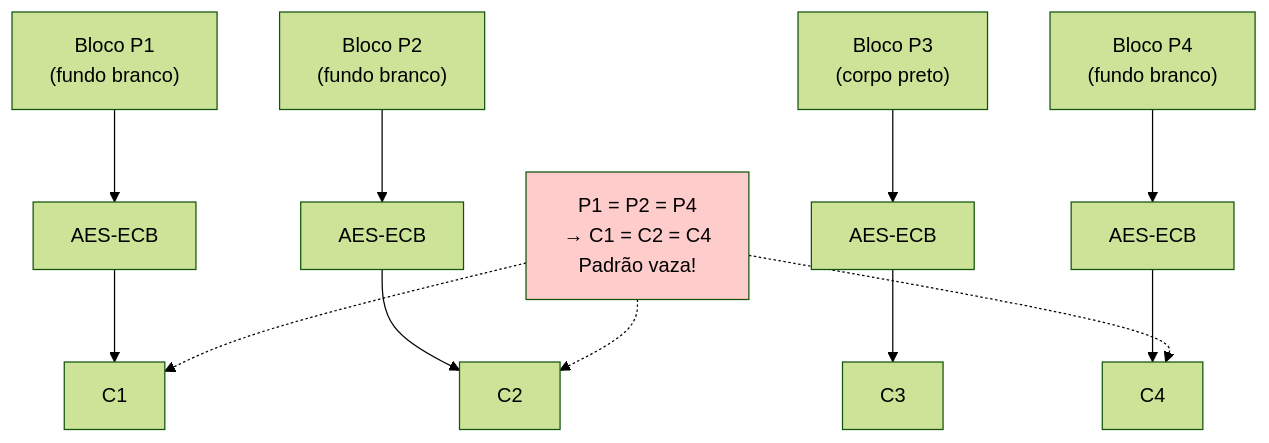
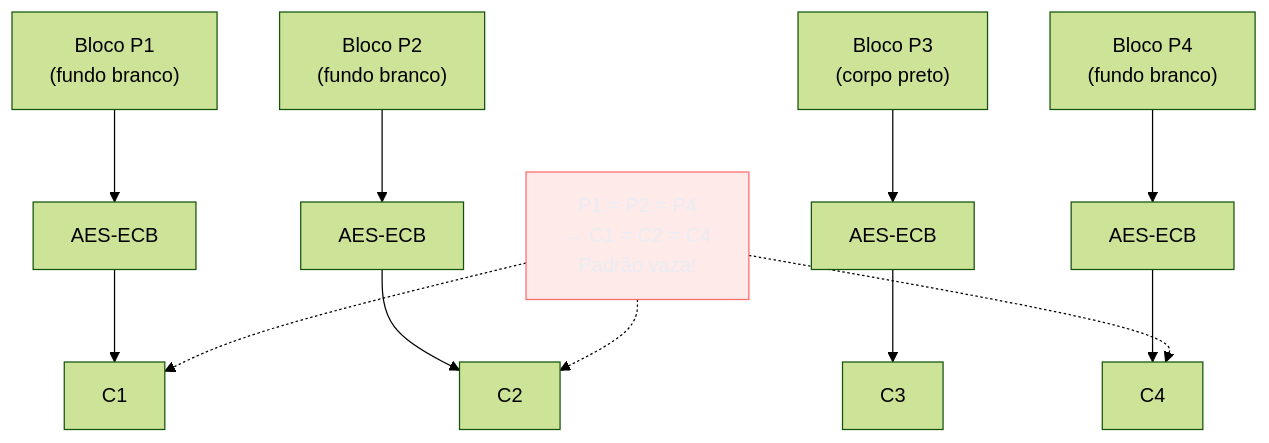
One commit to josenaldo/codex-technomanticus changed the fourth of 8 diagrams in 03-Dominios/Engenharia/Segurança/07 - Criptografia simétrica.md. Above: the diagram before and after it, drawn with Mermaid (forest theme). The commit also changed other lines of this file and 1181 other files, not shown here.

First line of the commit message:
fix(diagramas): paleta do sistema no lugar de cor cravada no markdown

````diff
--- a/03-Dominios/Engenharia/Segurança/07 - Criptografia simétrica.md
+++ b/03-Dominios/Engenharia/Segurança/07 - Criptografia simétrica.md
@@ -160,11 +162,12 @@
 ```mermaid
 flowchart TD
+  classDef falha fill:#FF6B6B24,stroke:#FF6B6B,color:#E9ECF2
   P1["Bloco P1\n(fundo branco)"] --> E1["AES-ECB"] --> C1["C1"]
   P2["Bloco P2\n(fundo branco)"] --> E2["AES-ECB"] --> C2["C2"]
   P3["Bloco P3\n(corpo preto)"] --> E3["AES-ECB"] --> C3["C3"]
   P4["Bloco P4\n(fundo branco)"] --> E4["AES-ECB"] --> C4["C4"]
   REGRA["P1 = P2 = P4\n&rarr; C1 = C2 = C4\nPadr&atilde;o vaza!"] -.-> C1
   REGRA -.-> C2
   REGRA -.-> C4
-  style REGRA fill:#ffcccc
+  class REGRA falha
 ```
````
